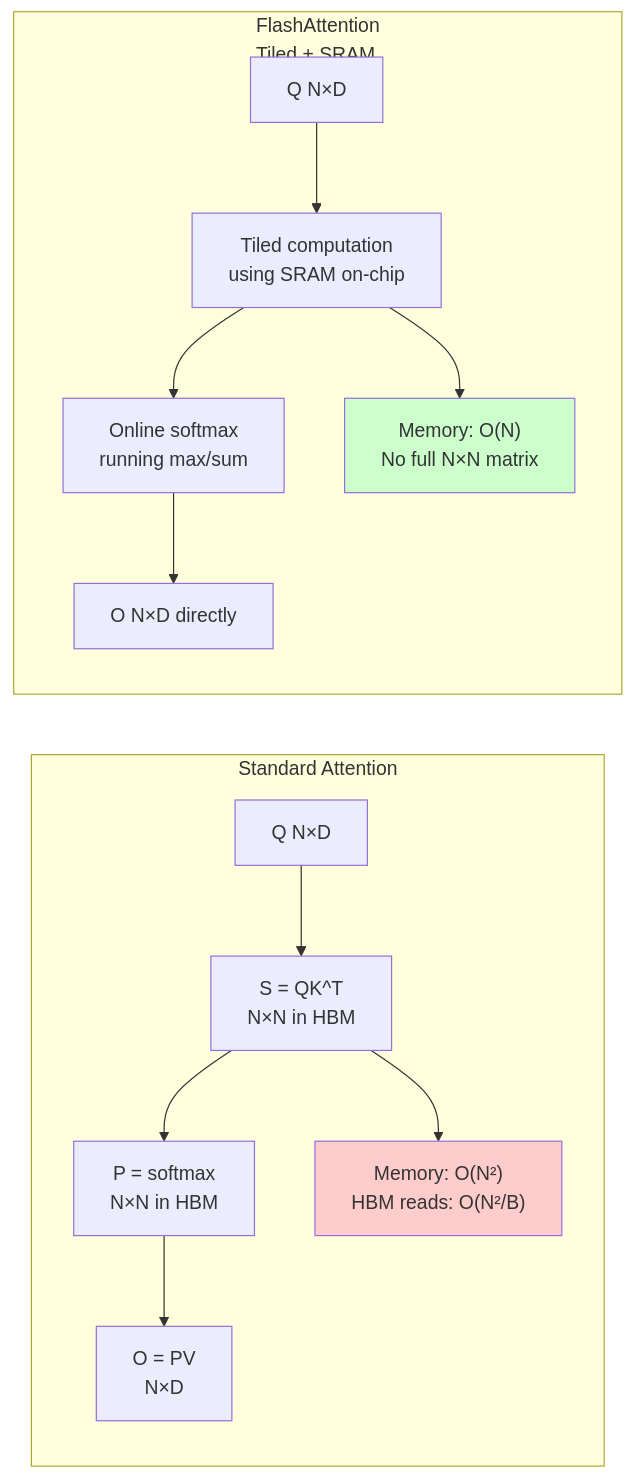
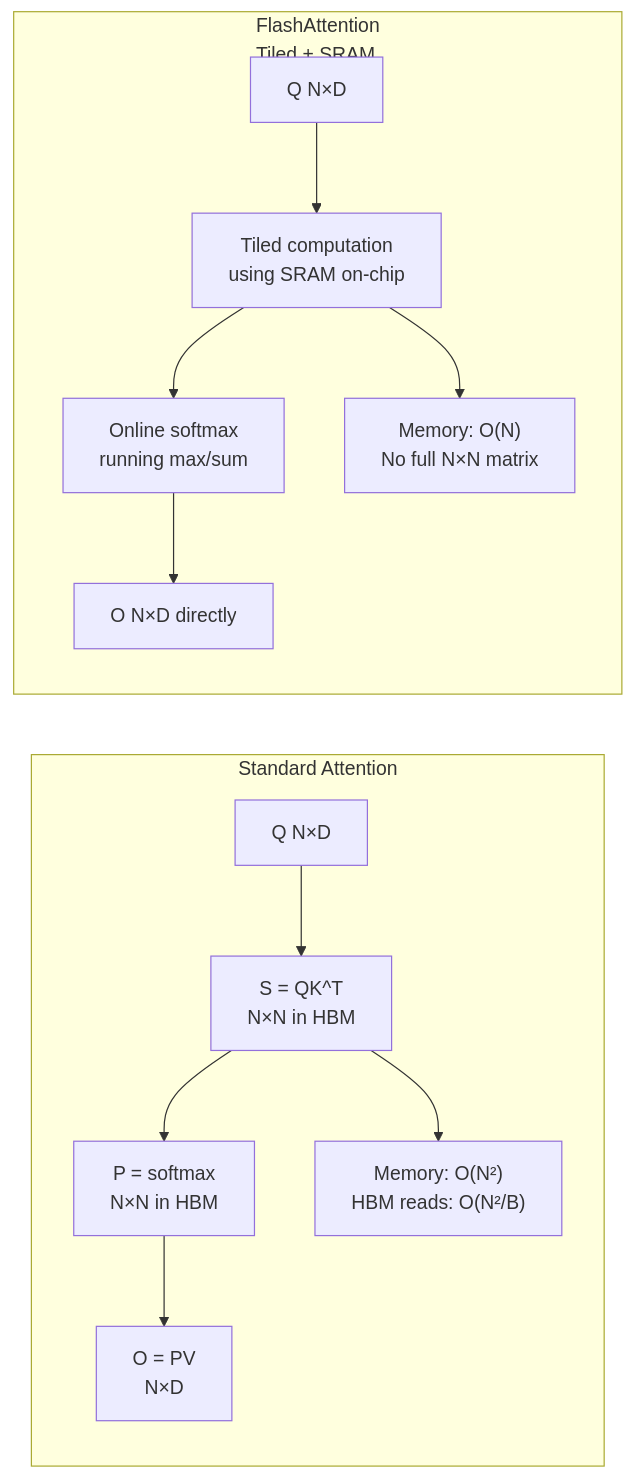
Before and after one commit to farhanshaikh-fslabs/anatomy-of-inference-serving: diagram 19 of 39 in README.md, drawn with Mermaid. The commit also changed other lines of this file, not shown here.

````diff
--- a/README.md
+++ b/README.md
@@ -891,29 +891,29 @@
 ```mermaid
 graph LR
     subgraph Standard["Standard Attention"]
         Q["Q N×D"]
         S["S = QK^T<br/>N×N in HBM"]
         P["P = softmax<br/>N×N in HBM"]
         O["O = PV<br/>N×D"]
         
         Q --> S --> P --> O
         
         Mem1["Memory: O(N²)<br/>HBM reads: O(N²/B)"]
         S --> Mem1
     end
     
     subgraph Flash["FlashAttention<br/>Tiled + SRAM"]
         Q2["Q N×D"]
         Tiled["Tiled computation<br/>using SRAM on-chip"]
         Softmax["Online softmax<br/>running max/sum"]
         O2["O N×D directly"]
         
         Q2 --> Tiled --> Softmax --> O2
         
         Mem2["Memory: O(N)<br/>No full N×N matrix"]
         Tiled --> Mem2
     end
     
-    style Mem1 fill:#ffcccc
-    style Mem2 fill:#ccffcc
+
+
 ```
````
